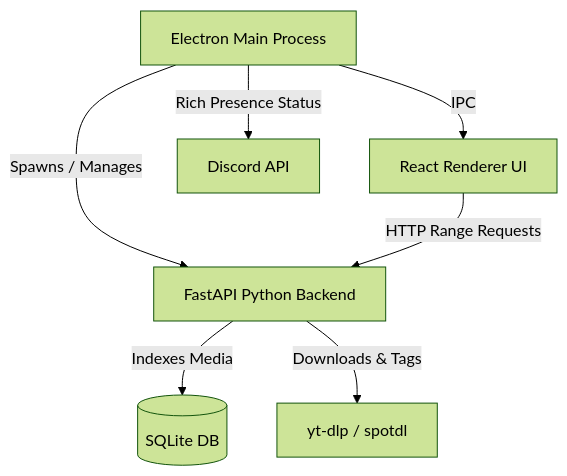
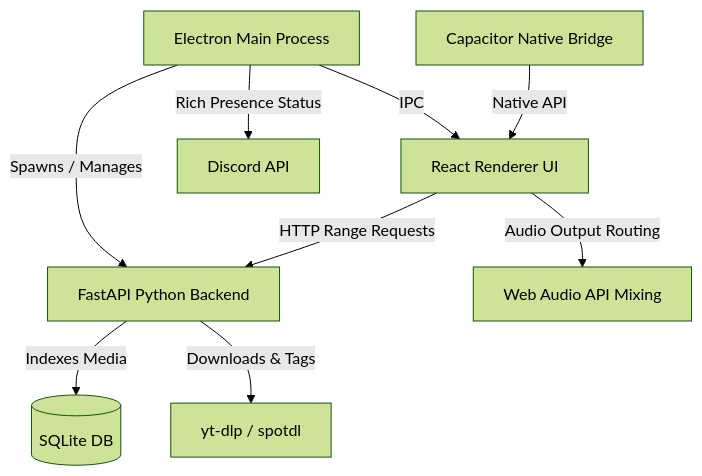
One commit to satiricalguru/Pocket-Music changed the diagram in README.md. Above: the diagram before and after it, drawn with Mermaid (forest theme). The commit also changed other lines of this file, not shown here.

Commit message:
docs: update README.md to document Soundboard, Capacitor, and Android APK builds

````diff
--- a/README.md
+++ b/README.md
@@ -47,9 +52,11 @@
 ```mermaid
 graph TD
     A[Electron Main Process] -->|IPC| B[React Renderer UI]
+    G[Capacitor Native Bridge] -->|Native API| B
     A -->|Spawns / Manages| C[FastAPI Python Backend]
     B -->|HTTP Range Requests| C
+    B -->|Audio Output Routing| H[Web Audio API Mixing]
     C -->|Indexes Media| D[(SQLite DB)]
     C -->|Downloads & Tags| E[yt-dlp / spotdl]
     A -->|Rich Presence Status| F[Discord API]
 ```
````
